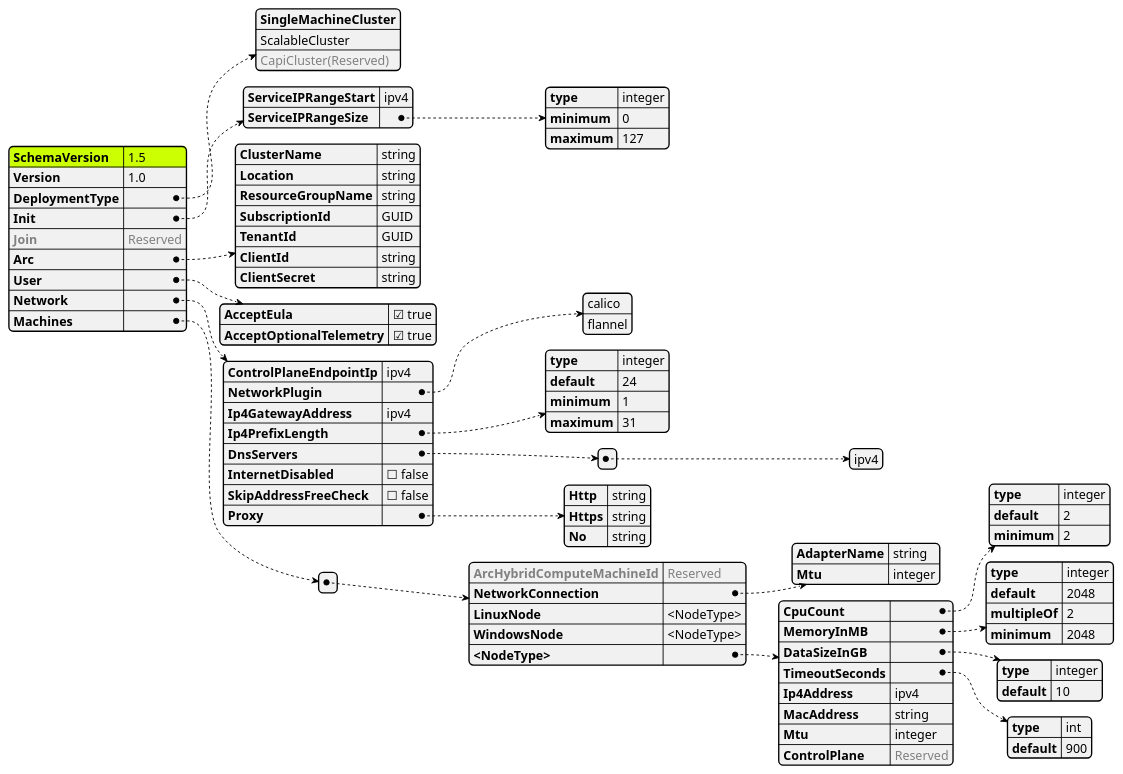
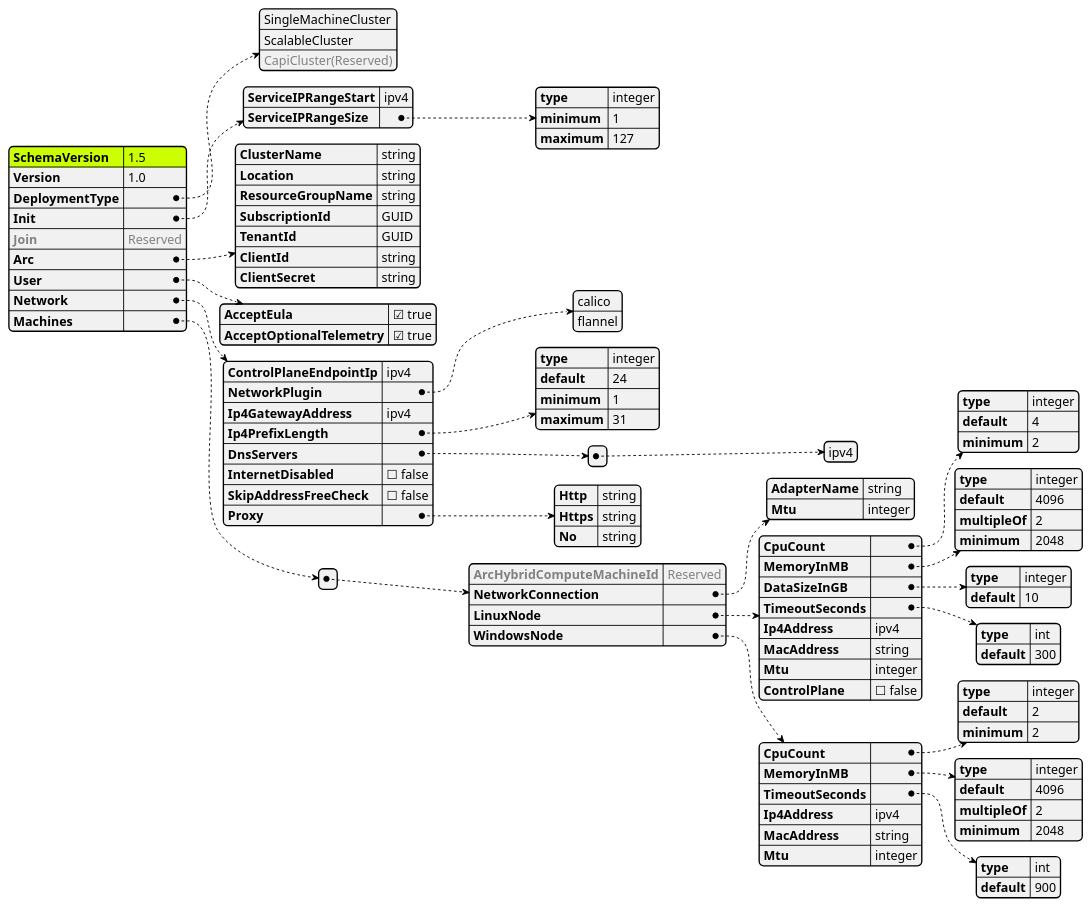
The diagram in tools/modules/AksEdgeDeploy/aksedge-dc.puml (Azure/AKS-Edge), drawn with PlantUML before and after one commit. The commit also changed 10 other files, not shown here.

```diff
--- a/tools/modules/AksEdgeDeploy/aksedge-dc.puml
+++ b/tools/modules/AksEdgeDeploy/aksedge-dc.puml
@@ -1,114 +1,128 @@
 @startjson AksEdgeSchema
 <style>
 jsonDiagram {
     node {
-        FontName Segoe UI
-        FontColor blue
         FontSize 14
         RoundCorner 10
-        LineThickness 1
+        LineThickness 0.5
         separator {
             LineThickness 0.25
-            LineColor black
         }
     }
     arrow {
-        LineColor blue
-        LineThickness 1
-        LineStyle 2;5
+        LineThickness 0.5
+        LineStyle 2;6
     }
     highlight {
-        BackgroundColor Blue
+        BackgroundColor black
         FontColor White
     }
 }
 </style>
 #highlight "SchemaVersion"
 {
     "SchemaVersion": "1.5",
     "Version": "1.0",
     "DeploymentType": [
-            "**SingleMachineCluster**",
+            "SingleMachineCluster",
             "ScalableCluster",
             "<color:gray>CapiCluster(Reserved)"
     ],
     "Init": {
         "ServiceIPRangeStart": "ipv4",
         "ServiceIPRangeSize": {
             "type": "integer",
-            "minimum" : 0,
+            "minimum" : 1,
             "maximum" : 127
         }
     },
     "<color:gray>Join":"<color:gray>Reserved",
     "Arc": {
         "ClusterName": "string",
         "Location": "string",
         "ResourceGroupName": "string",
         "SubscriptionId": "GUID",
         "TenantId": "GUID",
         "ClientId": "string",
         "ClientSecret": "string"
     },
     "User": {
         "AcceptEula": true,
         "AcceptOptionalTelemetry": true
     },
     "Network": {
         "ControlPlaneEndpointIp": "ipv4",
         "NetworkPlugin": [
                 "calico",
                 "flannel"
         ],
         "Ip4GatewayAddress": "ipv4",
         "Ip4PrefixLength": {
             "type": "integer",
             "default": 24,
             "minimum": 1,
             "maximum": 31
         },
         "DnsServers": [["ipv4"]],
         "InternetDisabled": false,
         "SkipAddressFreeCheck":false,
         "Proxy": {
             "Http":"string",
             "Https":"string",
             "No":"string"
         }
     },
     "Machines":[{
         "<color:gray>ArcHybridComputeMachineId":"<color:gray>Reserved",
         "NetworkConnection":{
             "AdapterName":"string",
             "Mtu":"integer"
         },
-        "LinuxNode":"<NodeType>",
-        "WindowsNode":"<NodeType>",
-        "<NodeType>":{
+        "LinuxNode":{
             "CpuCount": {
                 "type": "integer",
-                "default": 2,
+                "default": 4,
                 "minimum": 2
             },
             "MemoryInMB": {
                 "type": "integer",
-                "default": 2048,
+                "default": 4096,
                 "multipleOf": 2,
                 "minimum": 2048
             },
             "DataSizeInGB": {
                 "type": "integer",
                 "default": 10
             },
             "TimeoutSeconds": {
                 "type": "int",
+                "default": 300
+            },
+            "Ip4Address": "ipv4",
+            "MacAddress": "string",
+            "Mtu": "integer",
+            "ControlPlane" : false
+        },
+        "WindowsNode":{
+            "CpuCount": {
+                "type": "integer",
+                "default": 2,
+                "minimum": 2
+            },
+            "MemoryInMB": {
+                "type": "integer",
+                "default": 4096,
+                "multipleOf": 2,
+                "minimum": 2048
+            },
+            "TimeoutSeconds": {
+                "type": "int",
                 "default": 900
             },
             "Ip4Address": "ipv4",
             "MacAddress": "string",
-            "Mtu": "integer",
-            "ControlPlane" : "<color:gray>Reserved"
+            "Mtu": "integer"
         }
     }]
 }
 @endjson
```
